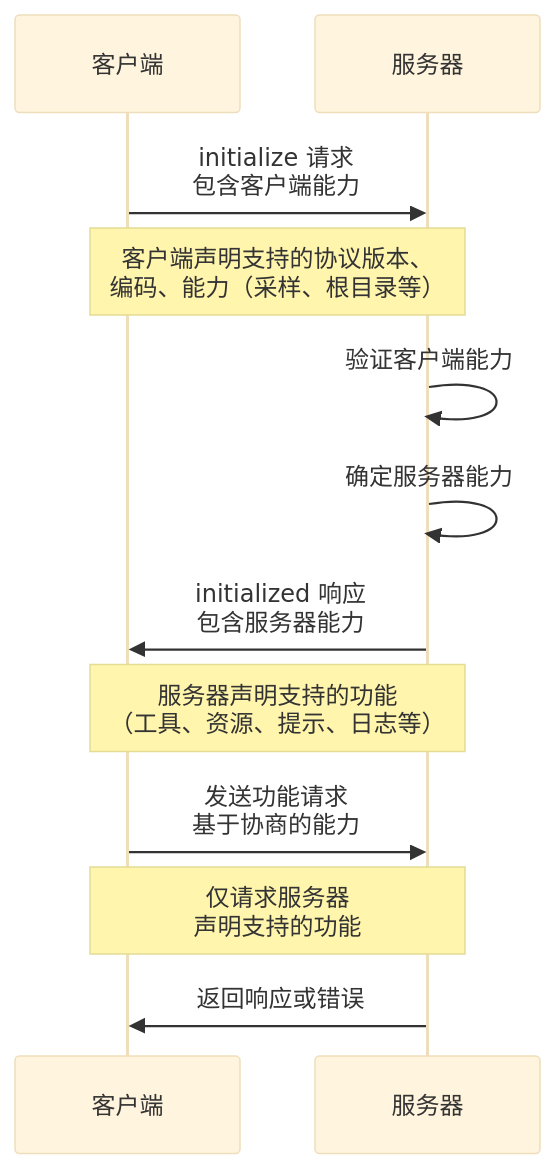
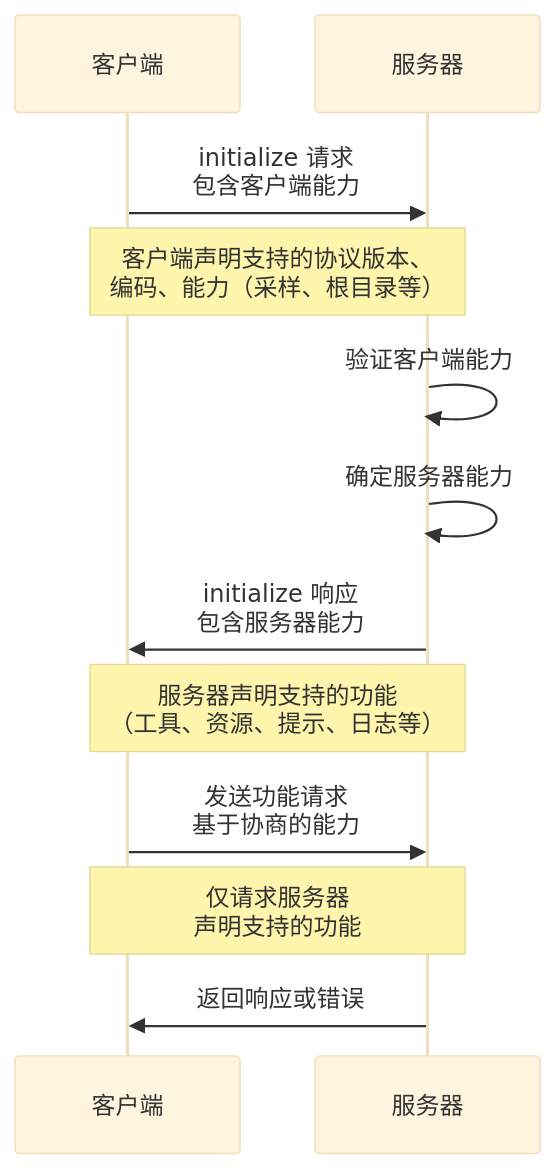
The seventh of 10 diagrams in progress/external-mcp-interaction-flows.md (MiyakoMeow/neco), drawn with Mermaid (base theme) before and after one commit. The commit also changed other lines of this file and 8 other files, not shown here.

````diff
--- a/progress/external-mcp-interaction-flows.md
+++ b/progress/external-mcp-interaction-flows.md
@@ -176,19 +176,19 @@
 ```mermaid
 sequenceDiagram
     participant C as 客户端
     participant S as 服务器
 
     C->>S: initialize 请求<br/>包含客户端能力
     Note over C,S: 客户端声明支持的协议版本、<br/>编码、能力（采样、根目录等）
 
     S->>S: 验证客户端能力
     S->>S: 确定服务器能力
 
-    S->>C: initialized 响应<br/>包含服务器能力
+    S->>C: initialize 响应<br/>包含服务器能力
     Note over C,S: 服务器声明支持的功能<br/>（工具、资源、提示、日志等）
 
     C->>S: 发送功能请求<br/>基于协商的能力
     Note over C,S: 仅请求服务器<br/>声明支持的功能
 
     S->>C: 返回响应或错误
 ```
````
